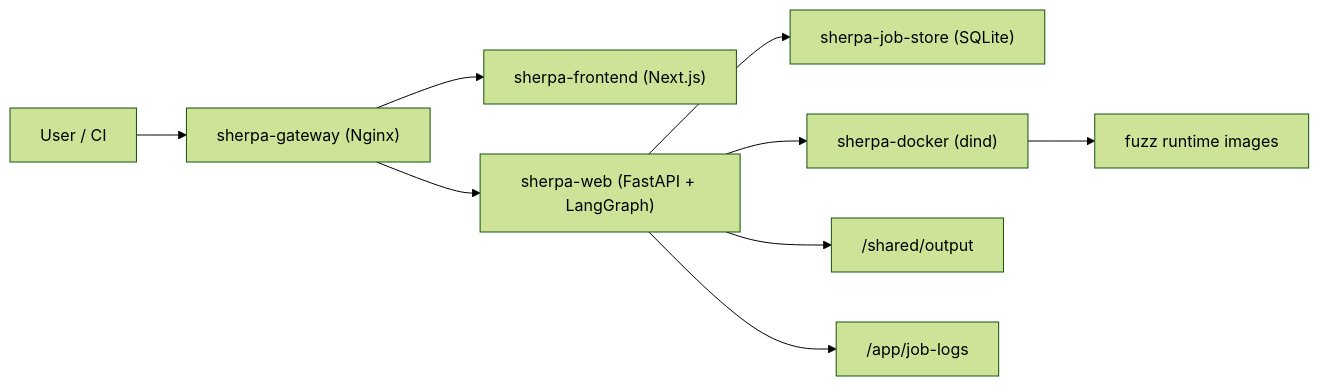
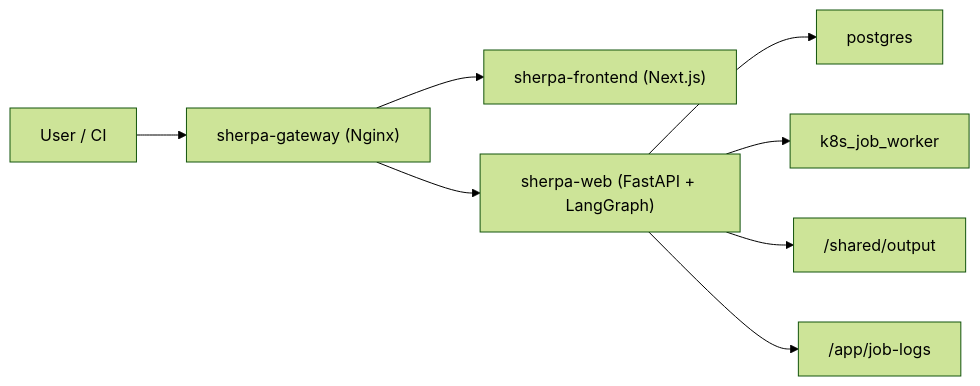
One commit to ZUENS2020/Sherpa changed the first of 3 diagrams in docs/PROJECT_HANDOFF_STATUS.md. Above: the diagram before and after it, drawn with Mermaid (forest theme). The commit also changed other lines of this file and 13 other files, not shown here.

````diff
--- a/docs/PROJECT_HANDOFF_STATUS.md
+++ b/docs/PROJECT_HANDOFF_STATUS.md
@@ -29,11 +29,10 @@
 ```mermaid
 flowchart LR
   U["User / CI"] --> GW["sherpa-gateway (Nginx)"]
   GW --> FE["sherpa-frontend (Next.js)"]
   GW --> WEB["sherpa-web (FastAPI + LangGraph)"]
-  WEB --> DB["sherpa-job-store (SQLite)"]
-  WEB --> DIND["sherpa-docker (dind)"]
-  DIND --> IMG["fuzz runtime images"]
+  WEB --> DB["postgres"]
+  WEB --> WJ["k8s_job_worker"]
   WEB --> OUT["/shared/output"]
   WEB --> LOG["/app/job-logs"]
 ```
````
